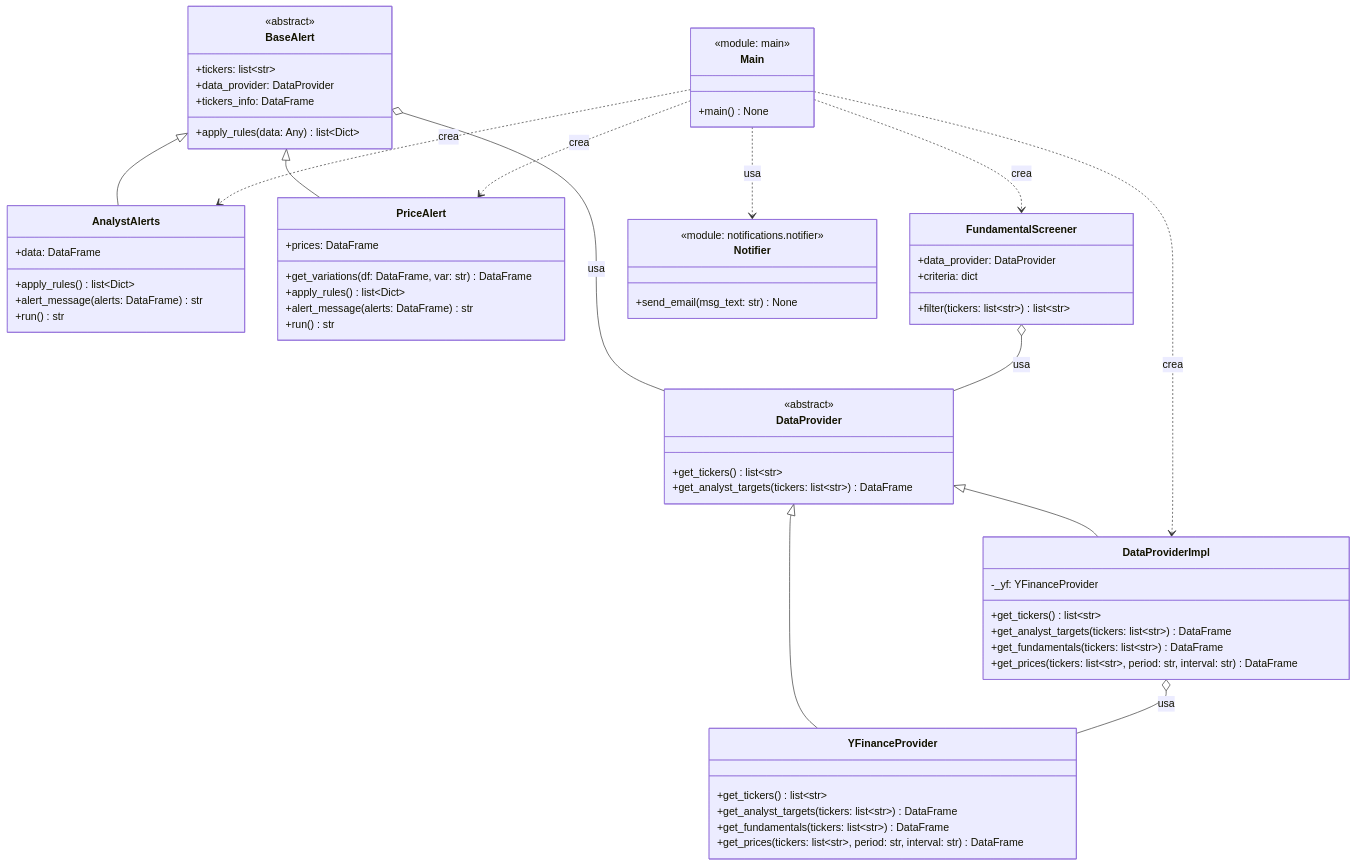
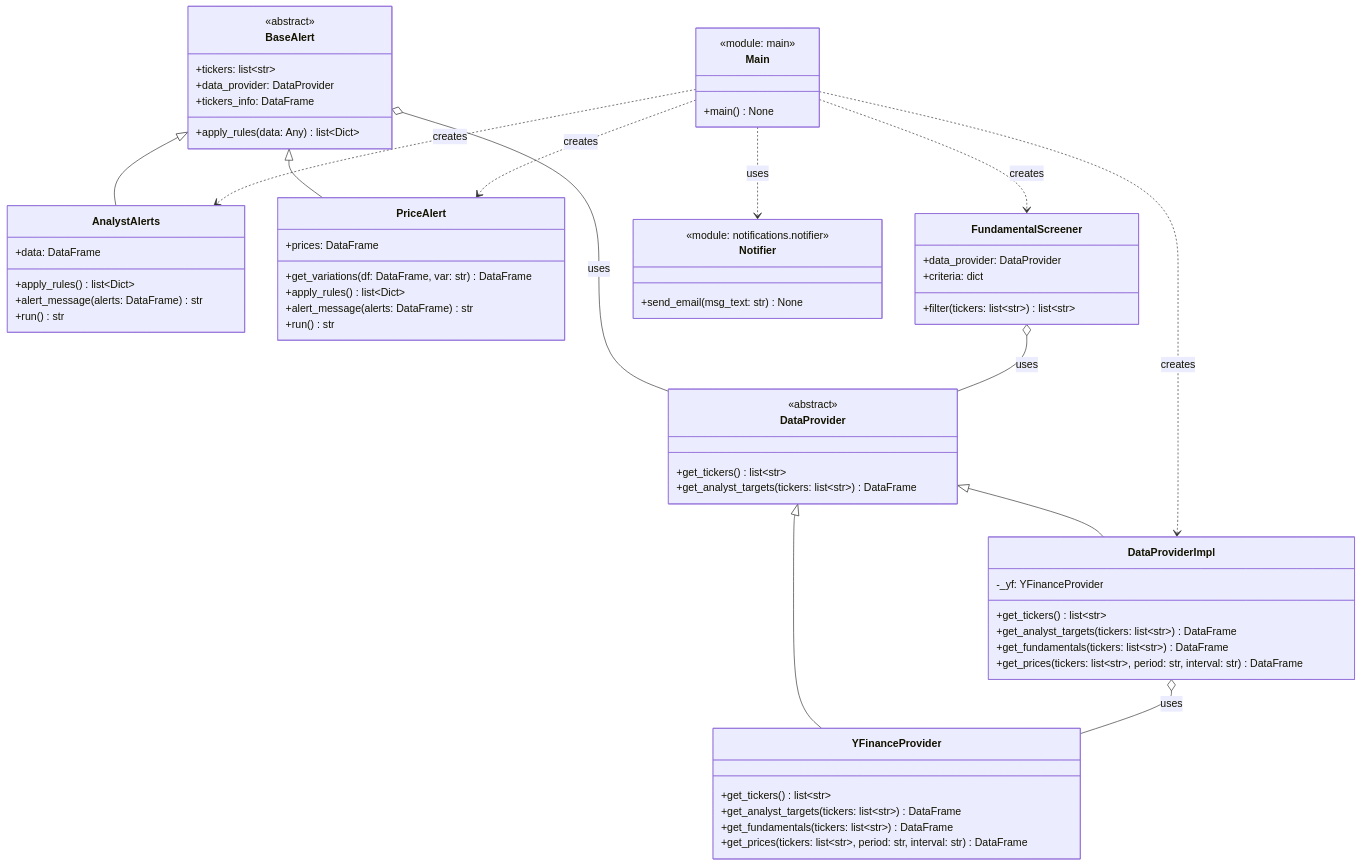
The diagram in docs/class-diagram.md (ivanlado/stock-alerts), drawn with Mermaid before and after one commit. The commit also changed other lines of this file and 18 other files, not shown here.

````diff
--- a/docs/class-diagram.md
+++ b/docs/class-diagram.md
@@ -5,77 +5,77 @@
 ```mermaid
 classDiagram
     class DataProvider {
         <<abstract>>
         +get_tickers() list~str~
         +get_analyst_targets(tickers: list~str~) DataFrame
     }
 
     class DataProviderImpl {
         -_yf: YFinanceProvider
         +get_tickers() list~str~
         +get_analyst_targets(tickers: list~str~) DataFrame
         +get_fundamentals(tickers: list~str~) DataFrame
         +get_prices(tickers: list~str~, period: str, interval: str) DataFrame
     }
 
     class YFinanceProvider {
         +get_tickers() list~str~
         +get_analyst_targets(tickers: list~str~) DataFrame
         +get_fundamentals(tickers: list~str~) DataFrame
         +get_prices(tickers: list~str~, period: str, interval: str) DataFrame
     }
 
     class BaseAlert {
         <<abstract>>
         +tickers: list~str~
         +data_provider: DataProvider
         +tickers_info: DataFrame
         +apply_rules(data: Any) list~Dict~
     }
 
     class AnalystAlerts {
         +data: DataFrame
         +apply_rules() list~Dict~
         +alert_message(alerts: DataFrame) str
         +run() str
     }
 
     class PriceAlert {
         +prices: DataFrame
         +get_variations(df: DataFrame, var: str) DataFrame
         +apply_rules() list~Dict~
         +alert_message(alerts: DataFrame) str
         +run() str
     }
 
     class FundamentalScreener {
         +data_provider: DataProvider
         +criteria: dict
         +filter(tickers: list~str~) list~str~
     }
 
     class Notifier {
         <<module: notifications.notifier>>
         +send_email(msg_text: str) None
     }
 
     class Main {
         <<module: main>>
         +main() None
     }
 
     DataProvider <|-- DataProviderImpl
     DataProvider <|-- YFinanceProvider
-    DataProviderImpl o-- YFinanceProvider : usa
+    DataProviderImpl o-- YFinanceProvider : uses
 
     BaseAlert <|-- AnalystAlerts
     BaseAlert <|-- PriceAlert
-    BaseAlert o-- DataProvider : usa
-    FundamentalScreener o-- DataProvider : usa
+    BaseAlert o-- DataProvider : uses
+    FundamentalScreener o-- DataProvider : uses
 
-    Main ..> FundamentalScreener : crea
-    Main ..> AnalystAlerts : crea
-    Main ..> PriceAlert : crea
-    Main ..> DataProviderImpl : crea
-    Main ..> Notifier : usa
+    Main ..> FundamentalScreener : creates
+    Main ..> AnalystAlerts : creates
+    Main ..> PriceAlert : creates
+    Main ..> DataProviderImpl : creates
+    Main ..> Notifier : uses
 ```
````
